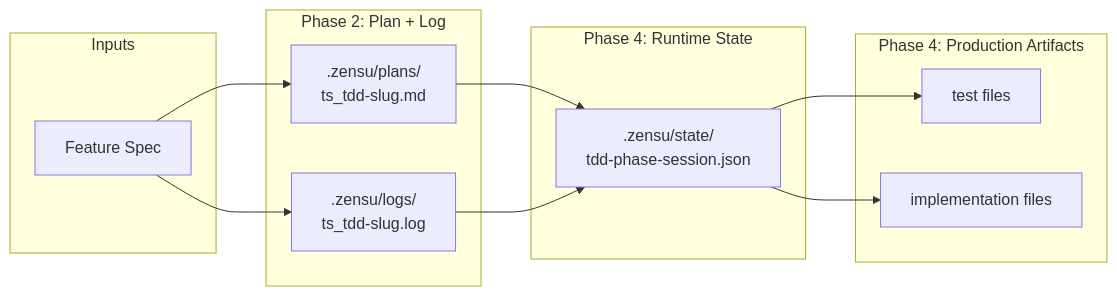
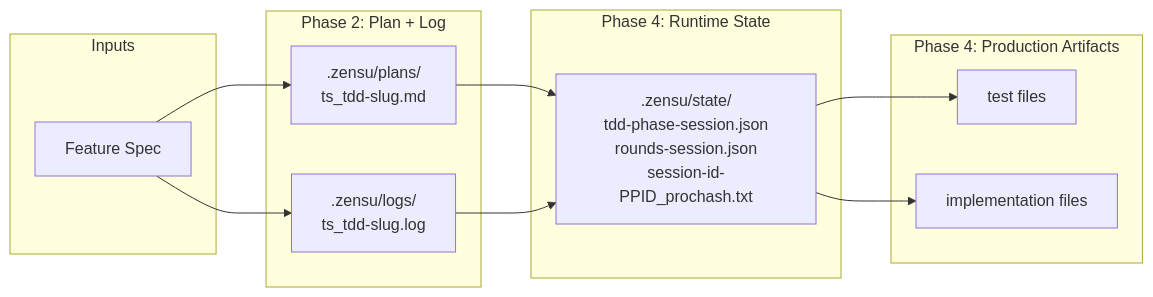
Before and after one commit to MKITConsulting/zensu-claude-code: the third of 4 diagrams in docs/tdd-manager-workflow.md, drawn with Mermaid. The commit also changed other lines of this file and 17 other files, not shown here.

First line of the commit message:
feat(state): project-local rounds counter + PPID session_id fallback

````diff
--- a/docs/tdd-manager-workflow.md
+++ b/docs/tdd-manager-workflow.md
@@ -180,23 +180,23 @@
 ```mermaid
 flowchart LR
     subgraph Inputs
       Spec[Feature Spec]
     end
     subgraph Plan_Phase[Phase 2: Plan + Log]
       Plan[.zensu/plans/<br/>ts_tdd-slug.md]
       Log[.zensu/logs/<br/>ts_tdd-slug.log]
     end
     subgraph Runtime_State[Phase 4: Runtime State]
-      State[.zensu/state/<br/>tdd-phase-session.json]
+      State[.zensu/state/<br/>tdd-phase-session.json<br/>rounds-session.json<br/>session-id-PPID_prochash.txt]
     end
     subgraph Production[Phase 4: Production Artifacts]
       Tests[test files]
       Code[implementation files]
     end
     Spec --> Plan
     Spec --> Log
     Plan --> State
     Log --> State
     State --> Tests
     State --> Code
 ```
````
